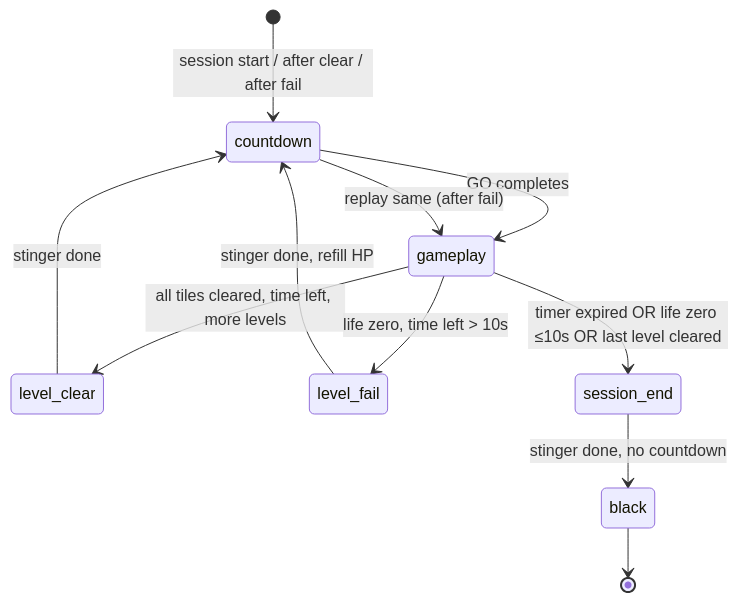
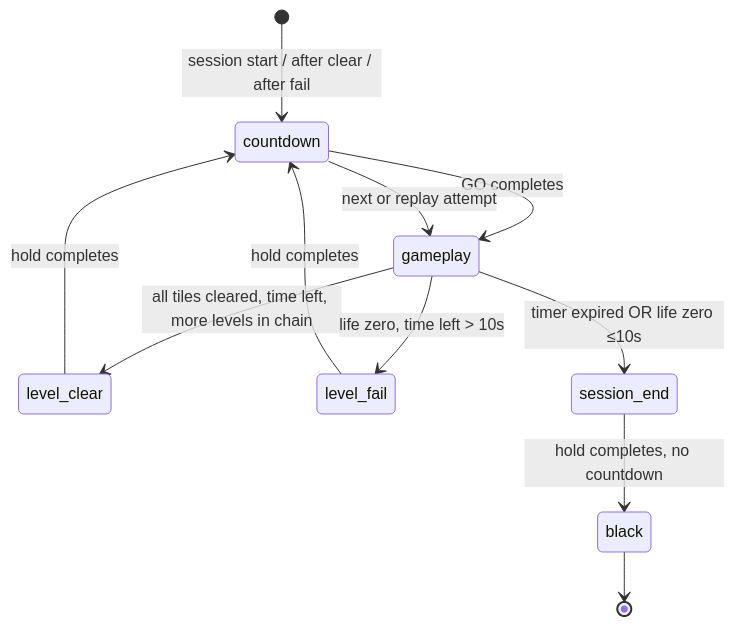
One commit to LedVerseGameSimulators/led-climb changed the diagram in docs/EFFECTS_IMPLEMENTATION_PLAN.md. Above: the diagram before and after it, drawn with Mermaid. The commit also changed other lines of this file, not shown here.

Commit message:
refine Climb effects plan after review.

````diff
--- a/docs/EFFECTS_IMPLEMENTATION_PLAN.md
+++ b/docs/EFFECTS_IMPLEMENTATION_PLAN.md
@@ -299,13 +345,13 @@
 ```mermaid
 stateDiagram-v2
     [*] --> countdown: session start / after clear / after fail
     countdown --> gameplay: GO completes
-    gameplay --> level_clear: all tiles cleared, time left, more levels
+    gameplay --> level_clear: all tiles cleared, time left, more levels in chain
     gameplay --> level_fail: life zero, time left > 10s
-    gameplay --> session_end: timer expired OR life zero ≤10s OR last level cleared
-    level_clear --> countdown: stinger done
-    level_fail --> countdown: stinger done, refill HP
-    countdown --> gameplay: replay same (after fail)
-    session_end --> black: stinger done, no countdown
+    gameplay --> session_end: timer expired OR life zero ≤10s
+    level_clear --> countdown: hold completes
+    level_fail --> countdown: hold completes
+    countdown --> gameplay: next or replay attempt
+    session_end --> black: hold completes, no countdown
     black --> [*]
 ```
````
